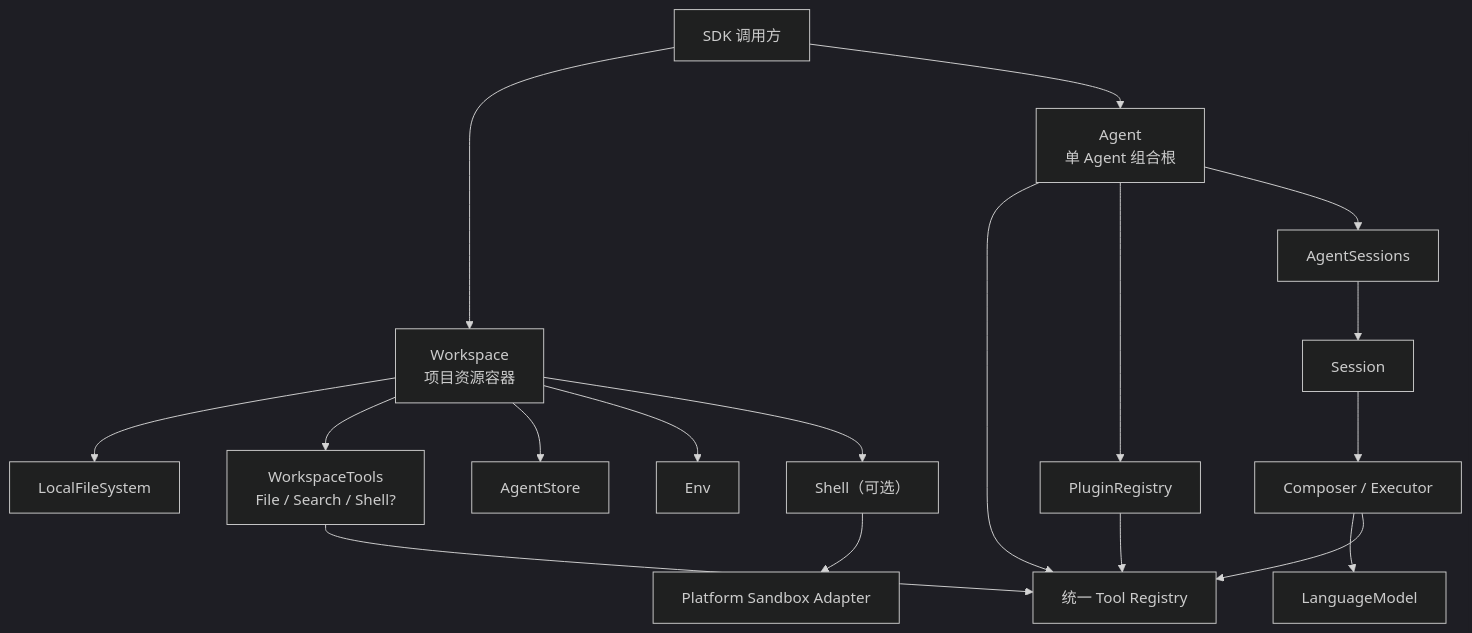
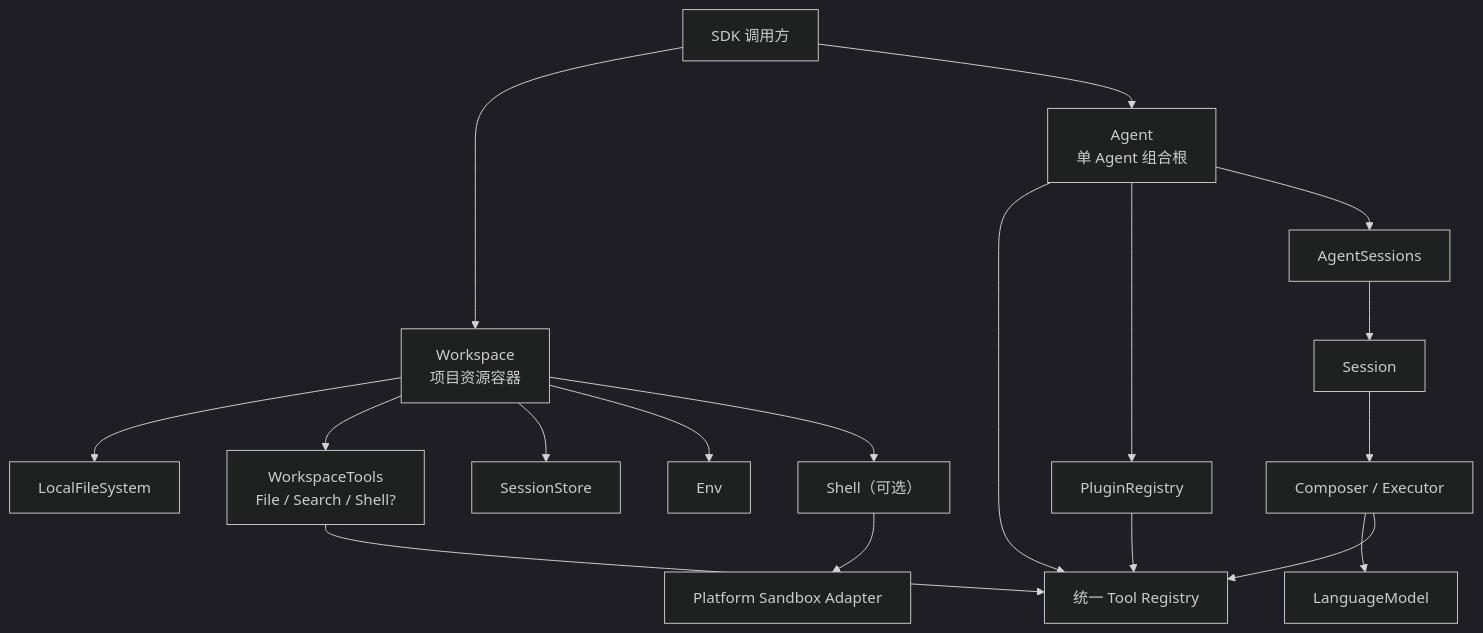
Before and after one commit to genesiscosmos/downcity: the diagram in homepage/content/docs/zh/agent/sdk-architecture.mdx, drawn with Mermaid (dark theme). The commit also changed other lines of this file and 113 other files, not shown here.

````diff
--- a/homepage/content/docs/zh/agent/sdk-architecture.mdx
+++ b/homepage/content/docs/zh/agent/sdk-architecture.mdx
@@ -25,23 +25,23 @@
 ```mermaid
 flowchart TD
     App["SDK 调用方"] --> Workspace["Workspace<br/>项目资源容器"]
     App --> Agent["Agent<br/>单 Agent 组合根"]
 
     Workspace --> Files["LocalFileSystem"]
     Workspace --> WorkspaceTools["WorkspaceTools<br/>File / Search / Shell?"]
-    Workspace --> Store["AgentStore"]
+    Workspace --> Store["SessionStore"]
     Workspace --> Env["Env"]
     Workspace --> Shell["Shell（可选）"]
     Shell --> Sandbox["Platform Sandbox Adapter"]
 
     Agent --> Tools["统一 Tool Registry"]
     Agent --> Plugins["PluginRegistry"]
     Agent --> Sessions["AgentSessions"]
     Sessions --> Session["Session"]
     Session --> Executor["Composer / Executor"]
     Executor --> Model["LanguageModel"]
     Executor --> Tools
 
     WorkspaceTools --> Tools
     Plugins --> Tools
 ```
````
